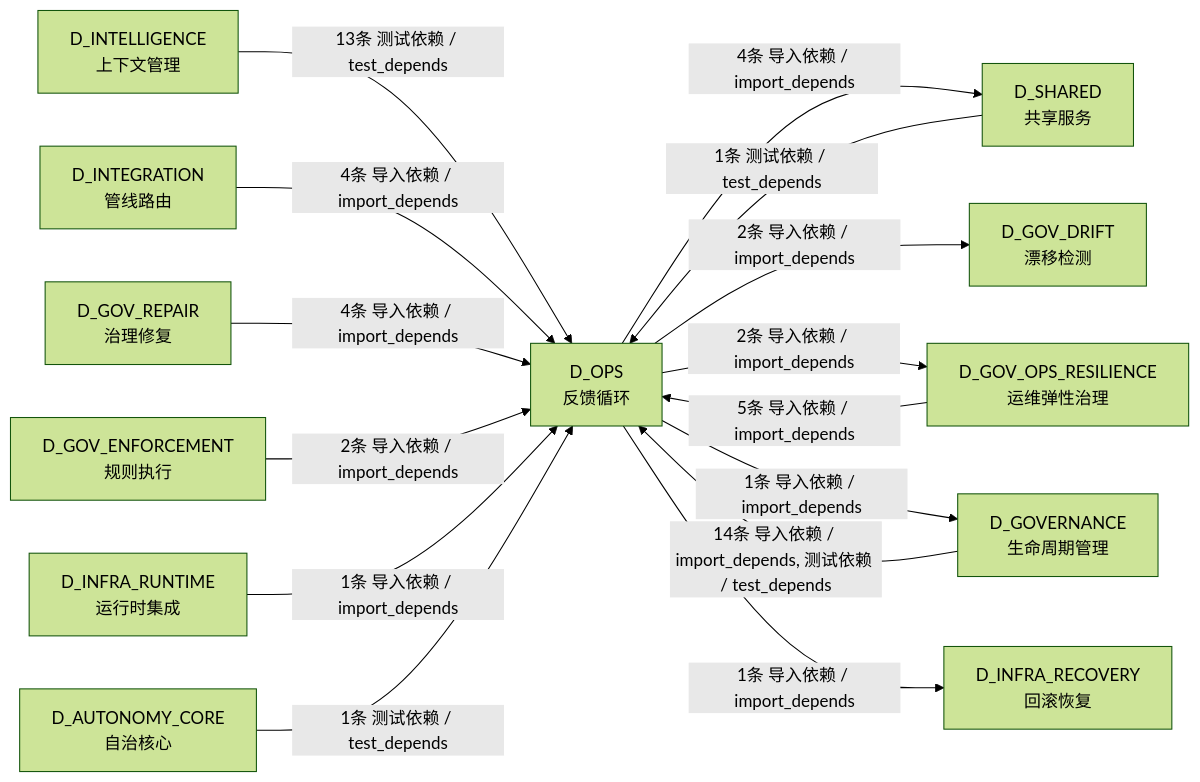
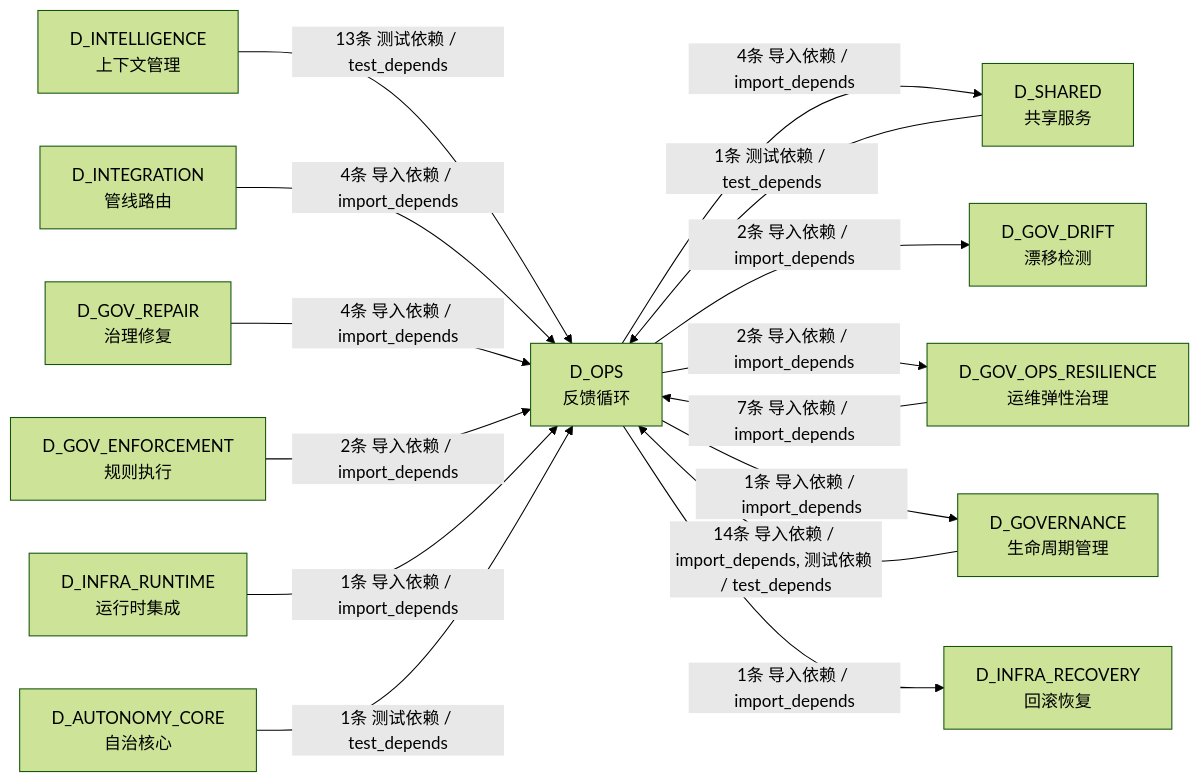
One commit to xuanFelixVan/ZephyrAlpha changed the fourth of 4 diagrams in docs/02_enterprise_architecture/02_domain_architecture_docs/21_d_ops.md. Above: the diagram before and after it, drawn with Mermaid (forest theme). The commit also changed other lines of this file and 126 other files, not shown here.

````diff
--- a/docs/02_enterprise_architecture/02_domain_architecture_docs/21_d_ops.md
+++ b/docs/02_enterprise_architecture/02_domain_architecture_docs/21_d_ops.md
@@ -283,29 +291,29 @@
 ```mermaid
 graph LR
     D_OPS["D_OPS<br/>反馈循环"]
     D_SHARED["D_SHARED<br/>共享服务"]
     D_GOV_DRIFT["D_GOV_DRIFT<br/>漂移检测"]
     D_GOV_OPS_RESILIENCE["D_GOV_OPS_RESILIENCE<br/>运维弹性治理"]
     D_GOVERNANCE["D_GOVERNANCE<br/>生命周期管理"]
     D_INFRA_RECOVERY["D_INFRA_RECOVERY<br/>回滚恢复"]
     D_INTELLIGENCE["D_INTELLIGENCE<br/>上下文管理"]
     D_INTEGRATION["D_INTEGRATION<br/>管线路由"]
     D_GOV_REPAIR["D_GOV_REPAIR<br/>治理修复"]
     D_GOV_ENFORCEMENT["D_GOV_ENFORCEMENT<br/>规则执行"]
     D_INFRA_RUNTIME["D_INFRA_RUNTIME<br/>运行时集成"]
     D_AUTONOMY_CORE["D_AUTONOMY_CORE<br/>自治核心"]
     D_OPS -->|4条 导入依赖 / import_depends| D_SHARED
     D_OPS -->|2条 导入依赖 / import_depends| D_GOV_DRIFT
     D_OPS -->|2条 导入依赖 / import_depends| D_GOV_OPS_RESILIENCE
     D_OPS -->|1条 导入依赖 / import_depends| D_GOVERNANCE
     D_OPS -->|1条 导入依赖 / import_depends| D_INFRA_RECOVERY
     D_GOVERNANCE -->|14条 导入依赖 / import_depends, 测试依赖 / test_depends| D_OPS
     D_INTELLIGENCE -->|13条 测试依赖 / test_depends| D_OPS
-    D_GOV_OPS_RESILIENCE -->|5条 导入依赖 / import_depends| D_OPS
+    D_GOV_OPS_RESILIENCE -->|7条 导入依赖 / import_depends| D_OPS
     D_INTEGRATION -->|4条 导入依赖 / import_depends| D_OPS
     D_GOV_REPAIR -->|4条 导入依赖 / import_depends| D_OPS
     D_GOV_ENFORCEMENT -->|2条 导入依赖 / import_depends| D_OPS
     D_SHARED -->|1条 测试依赖 / test_depends| D_OPS
     D_INFRA_RUNTIME -->|1条 导入依赖 / import_depends| D_OPS
     D_AUTONOMY_CORE -->|1条 测试依赖 / test_depends| D_OPS
 ```
````
